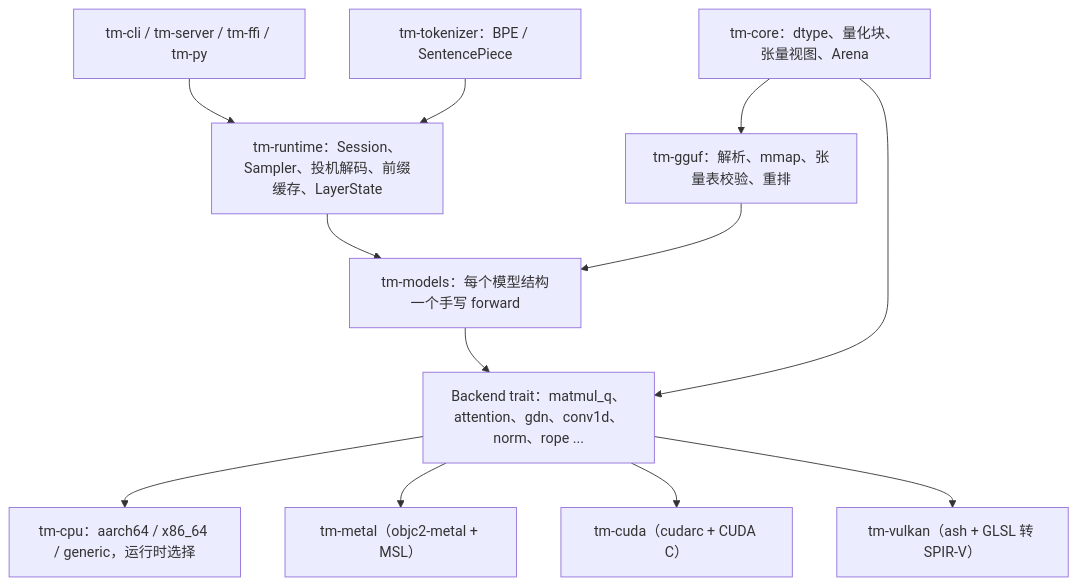
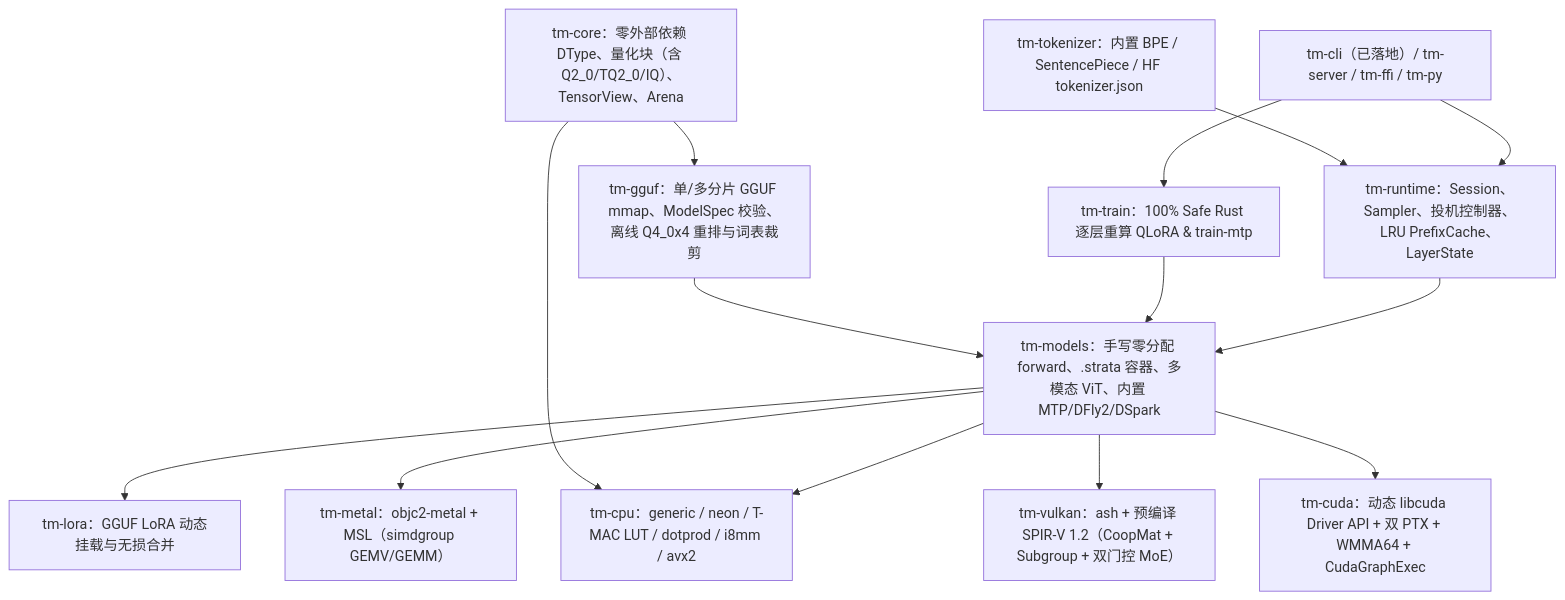
The diagram in docs/ARCHITECTURE.md (neo-ailabs/tinymodel), drawn with Mermaid before and after one commit. The commit also changed other lines of this file and 8 other files, not shown here.

````diff
--- a/docs/ARCHITECTURE.md
+++ b/docs/ARCHITECTURE.md
@@ -13,14 +13,16 @@
 ```mermaid
 flowchart TD
-    API["tm-cli / tm-server / tm-ffi / tm-py"] --> RT["tm-runtime：Session、Sampler、投机解码、前缀缓存、LayerState"]
-    RT --> MDL["tm-models：每个模型结构一个手写 forward"]
-    MDL --> OPS["Backend trait：matmul_q、attention、gdn、conv1d、norm、rope ..."]
-    OPS --> CPU["tm-cpu：aarch64 / x86_64 / generic，运行时选择"]
-    OPS --> MTL["tm-metal（objc2-metal + MSL）"]
-    OPS --> CUDA["tm-cuda（cudarc + CUDA C）"]
-    OPS --> VK["tm-vulkan（ash + GLSL 转 SPIR-V）"]
-    GGUF["tm-gguf：解析、mmap、张量表校验、重排"] --> MDL
-    CORE["tm-core：dtype、量化块、张量视图、Arena"] --> GGUF
-    CORE --> OPS
-    TOK["tm-tokenizer：BPE / SentencePiece"] --> RT
+    API["tm-cli（已落地）/ tm-server / tm-ffi / tm-py"] --> RT["tm-runtime：Session、Sampler、投机控制器、LRU PrefixCache、LayerState"]
+    API --> TRN["tm-train：100% Safe Rust 逐层重算 QLoRA & train-mtp"]
+    RT --> MDL["tm-models：手写零分配 forward、.strata 容器、多模态 ViT、内置 MTP/DFly2/DSpark"]
+    TRN --> MDL
+    MDL --> LORA["tm-lora：GGUF LoRA 动态挂载与无损合并"]
+    MDL --> CPU["tm-cpu：generic / neon / T-MAC LUT / dotprod / i8mm / avx2"]
+    MDL --> MTL["tm-metal：objc2-metal + MSL（simdgroup GEMV/GEMM）"]
+    MDL --> VK["tm-vulkan：ash + 预编译 SPIR-V 1.2（CoopMat + Subgroup + 双门控 MoE）"]
+    MDL --> CUDA["tm-cuda：动态 libcuda Driver API + 双 PTX + WMMA64 + CudaGraphExec"]
+    GGUF["tm-gguf：单/多分片 GGUF mmap、ModelSpec 校验、离线 Q4_0x4 重排与词表裁剪"] --> MDL
+    CORE["tm-core：零外部依赖 DType、量化块（含 Q2_0/TQ2_0/IQ）、TensorView、Arena"] --> GGUF
+    CORE --> CPU
+    TOK["tm-tokenizer：内置 BPE / SentencePiece / HF tokenizer.json"] --> RT
 ```
````
